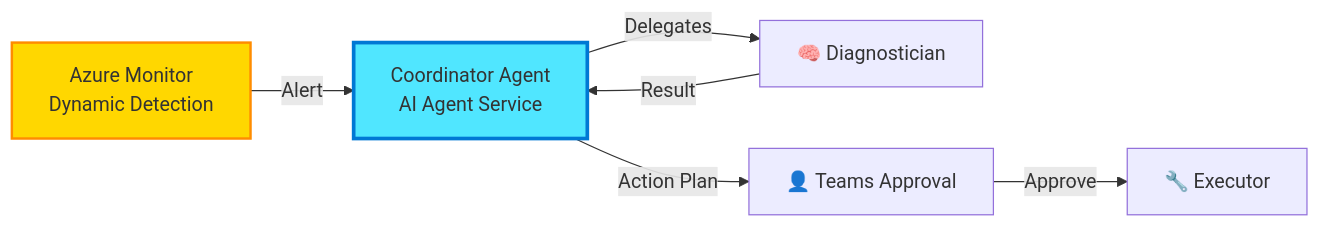
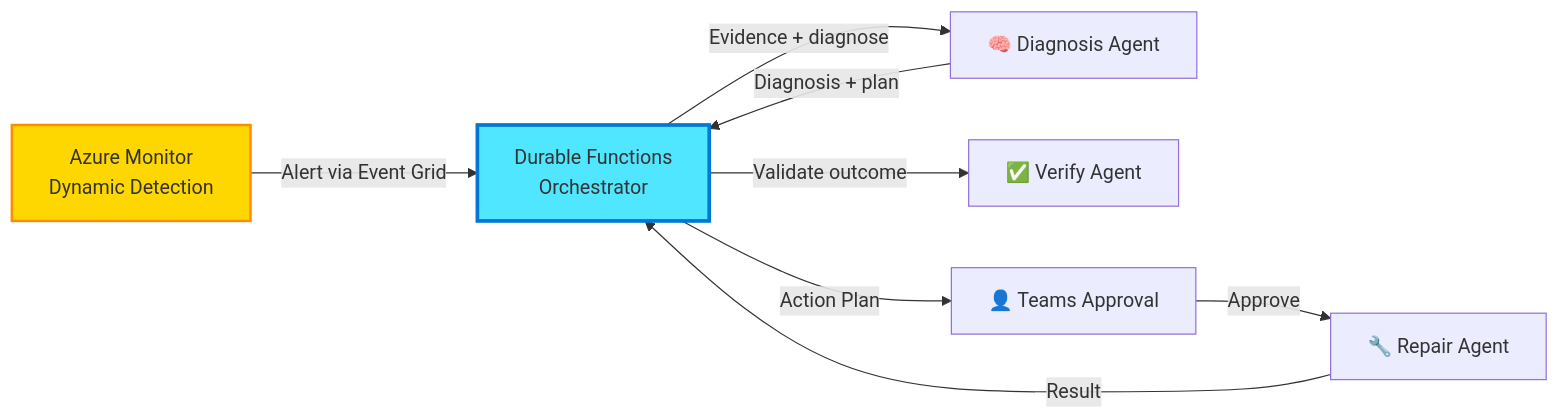
One commit to mayankgupta7673/Continuum-Ops changed the second of 2 diagrams in README.md. Above: the diagram before and after it, drawn with Mermaid. The commit also changed other lines of this file and 6 other files, not shown here.

Commit message:
Fixed architecture issues and add justifications

````diff
--- a/README.md
+++ b/README.md
@@ -91,17 +91,20 @@
 ```mermaid
 graph LR
     DETECT[Azure Monitor<br/>Dynamic Detection]
-    COORD[Coordinator Agent<br/>AI Agent Service]
-    DIAGNOSE[🧠 Diagnostician]
-    REPAIR[🔧 Executor]
+    ORCH[Durable Functions<br/>Orchestrator]
+    DIAGNOSE[🧠 Diagnosis Agent]
+    REPAIR[🔧 Repair Agent]
+    VERIFY[✅ Verify Agent]
     HUMAN[👤 Teams Approval]
     
-    DETECT -->|Alert| COORD
-    COORD -->|Delegates| DIAGNOSE
-    DIAGNOSE -->|Result| COORD
-    COORD -->|Action Plan| HUMAN
+    DETECT -->|Alert via Event Grid| ORCH
+    ORCH -->|Evidence + diagnose| DIAGNOSE
+    DIAGNOSE -->|Diagnosis + plan| ORCH
+    ORCH -->|Action Plan| HUMAN
     HUMAN -->|Approve| REPAIR
+    REPAIR -->|Result| ORCH
+    ORCH -->|Validate outcome| VERIFY
     
-    style COORD fill:#50e6ff,stroke:#0078d4,stroke-width:3px
+    style ORCH fill:#50e6ff,stroke:#0078d4,stroke-width:3px
     style DETECT fill:#FFD700,stroke:#FF8C00,stroke-width:2px
 ```
````
